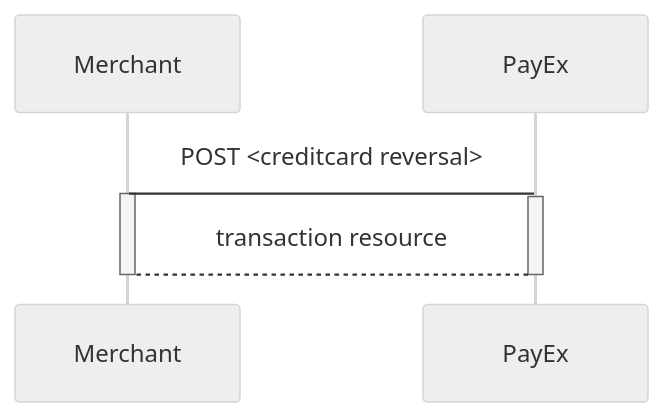
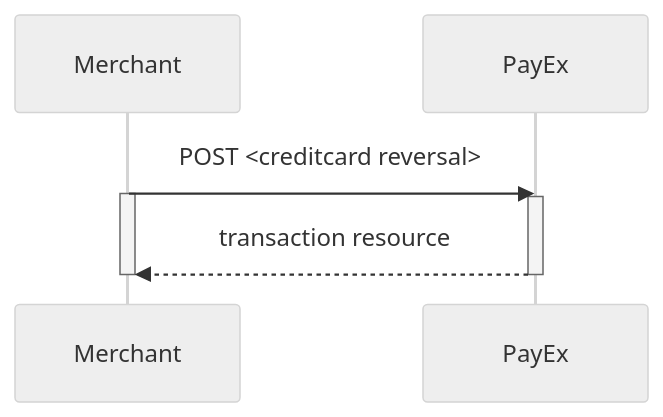
Before and after one commit to SwedbankPay/developer.swedbankpay.com: the third of 3 diagrams in payments/mobile-pay/other-features.md, drawn with Mermaid (neutral theme). The commit also changed other lines of this file, not shown here.

Commit message:
DX-259 Fix mermaid diagram in mobile pay section

````diff
--- a/payments/mobile-pay/other-features.md
+++ b/payments/mobile-pay/other-features.md
@@ -65,9 +65,9 @@
 ```mermaid
 sequenceDiagram
-  Merchant->PayEx: POST <creditcard reversal>
+  Merchant->>PayEx: POST <creditcard reversal>
   Activate Merchant
   Activate PayEx
-  PayEx-->Merchant: transaction resource
+  PayEx-->>Merchant: transaction resource
   Deactivate PayEx
   Deactivate Merchant
 ```
````
